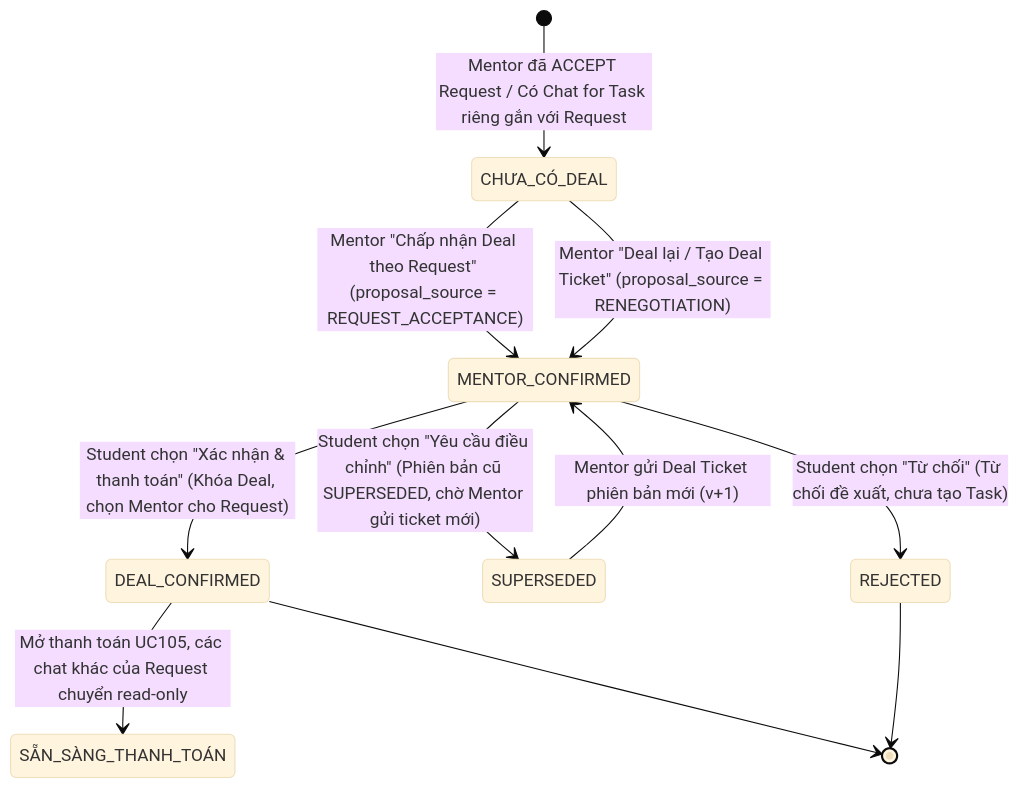
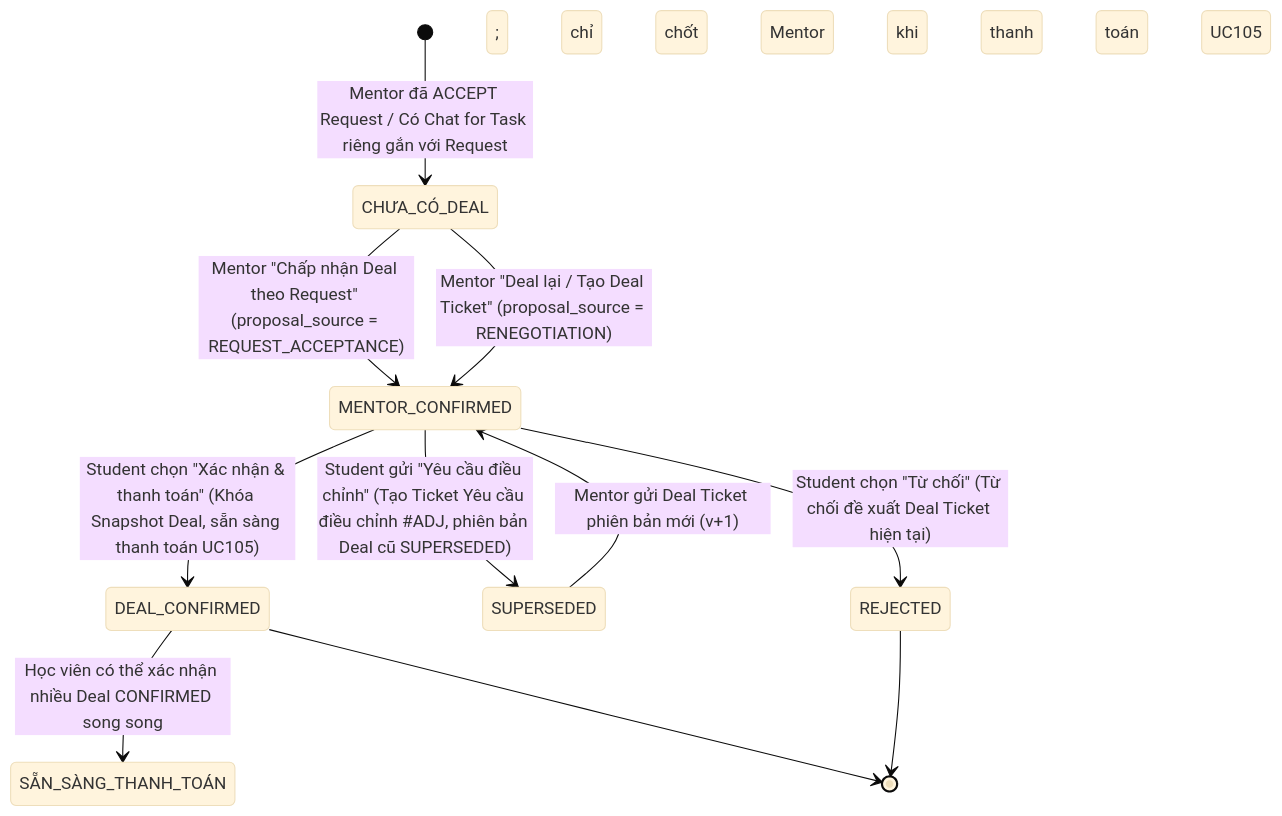
One commit to Alumnect/Alumnect changed the first of 3 diagrams in docs/update_SRS/SRS_UC_104_Mentoring_Deal.md. Above: the diagram before and after it, drawn with Mermaid (base theme). The commit also changed other lines of this file and 2 other files, not shown here.

Commit message:
docs(mentorship): update SRS specifications for UC104, UC105, and End-to-End flow matching V24 migration

````diff
--- a/docs/update_SRS/SRS_UC_104_Mentoring_Deal.md
+++ b/docs/update_SRS/SRS_UC_104_Mentoring_Deal.md
@@ -7,18 +7,18 @@
 ```mermaid
 stateDiagram-v2
     [*] --> CHƯA_CÓ_DEAL: Mentor đã ACCEPT Request / Có Chat for Task riêng gắn với Request
     
     CHƯA_CÓ_DEAL --> MENTOR_CONFIRMED: Mentor "Chấp nhận Deal theo Request" (proposal_source = REQUEST_ACCEPTANCE)
     CHƯA_CÓ_DEAL --> MENTOR_CONFIRMED: Mentor "Deal lại / Tạo Deal Ticket" (proposal_source = RENEGOTIATION)
     
-    MENTOR_CONFIRMED --> DEAL_CONFIRMED: Student chọn "Xác nhận & thanh toán" (Khóa Deal, chọn Mentor cho Request)
-    MENTOR_CONFIRMED --> SUPERSEDED: Student chọn "Yêu cầu điều chỉnh" (Phiên bản cũ SUPERSEDED, chờ Mentor gửi ticket mới)
-    MENTOR_CONFIRMED --> REJECTED: Student chọn "Từ chối" (Từ chối đề xuất, chưa tạo Task)
+    MENTOR_CONFIRMED --> DEAL_CONFIRMED: Student chọn "Xác nhận & thanh toán" (Khóa Snapshot Deal, sẵn sàng thanh toán UC105)
+    MENTOR_CONFIRMED --> SUPERSEDED: Student gửi "Yêu cầu điều chỉnh" (Tạo Ticket Yêu cầu điều chỉnh #ADJ, phiên bản Deal cũ SUPERSEDED)
+    MENTOR_CONFIRMED --> REJECTED: Student chọn "Từ chối" (Từ chối đề xuất Deal Ticket hiện tại)
     
     SUPERSEDED --> MENTOR_CONFIRMED: Mentor gửi Deal Ticket phiên bản mới (v+1)
     
-    DEAL_CONFIRMED --> SẴN_SÀNG_THANH_TOÁN: Mở thanh toán UC105, các chat khác của Request chuyển read-only
+    DEAL_CONFIRMED --> SẴN_SÀNG_THANH_TOÁN: Học viên có thể xác nhận nhiều Deal CONFIRMED song song; chỉ chốt Mentor khi thanh toán UC105
     
     DEAL_CONFIRMED --> [*]
     REJECTED --> [*]
 ```
````
